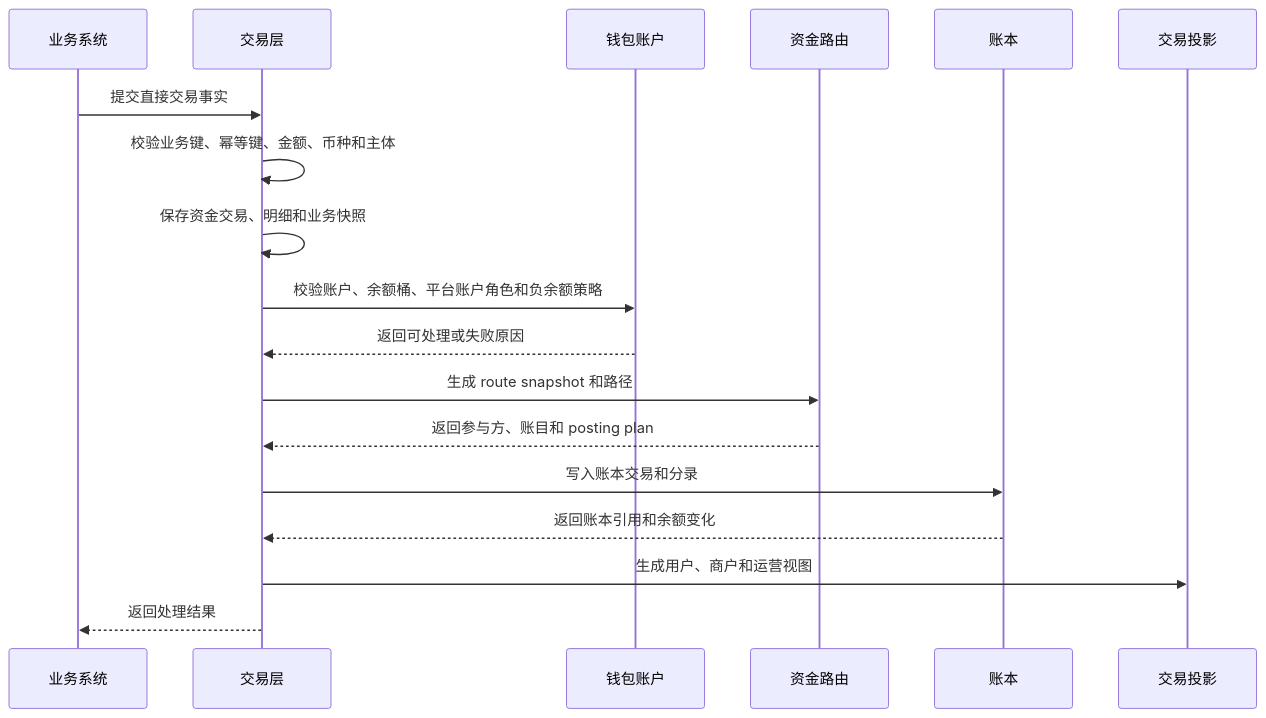
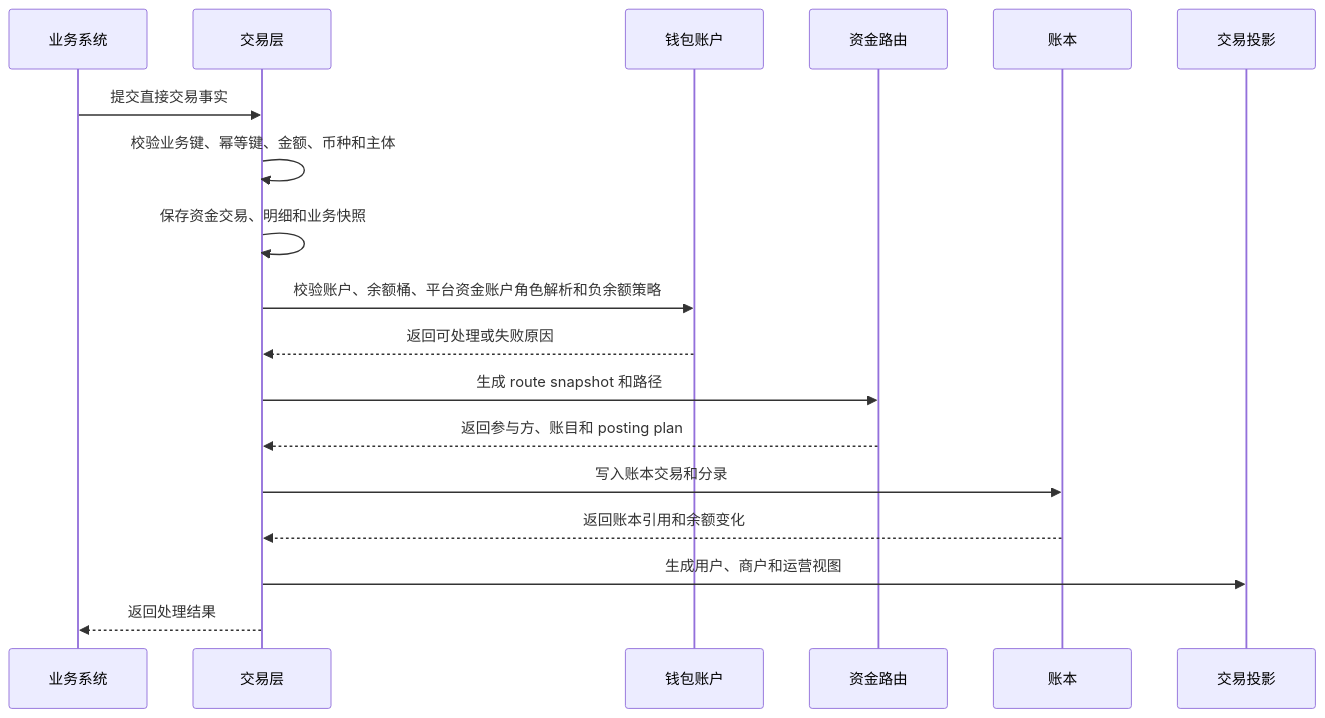
Before and after one commit to fengwuxp/wind-funds: the third of 22 diagrams in docs/产品设计/02-交易路由钱包账目与投影.md, drawn with Mermaid. The commit also changed other lines of this file and 39 other files, not shown here.

````diff
--- a/docs/产品设计/02-交易路由钱包账目与投影.md
+++ b/docs/产品设计/02-交易路由钱包账目与投影.md
@@ -217,21 +218,21 @@
 ```mermaid
 sequenceDiagram
     participant Biz as 业务系统
     participant Tx as 交易层
     participant Wallet as 钱包账户
     participant Route as 资金路由
     participant Ledger as 账本
     participant View as 交易投影
 
     Biz->>Tx: 提交直接交易事实
     Tx->>Tx: 校验业务键、幂等键、金额、币种和主体
     Tx->>Tx: 保存资金交易、明细和业务快照
-    Tx->>Wallet: 校验账户、余额桶、平台账户角色和负余额策略
+    Tx->>Wallet: 校验账户、余额桶、平台资金账户角色解析和负余额策略
     Wallet-->>Tx: 返回可处理或失败原因
     Tx->>Route: 生成 route snapshot 和路径
     Route-->>Tx: 返回参与方、账目和 posting plan
     Tx->>Ledger: 写入账本交易和分录
     Ledger-->>Tx: 返回账本引用和余额变化
     Tx->>View: 生成用户、商户和运营视图
     Tx-->>Biz: 返回处理结果
 ```
````
